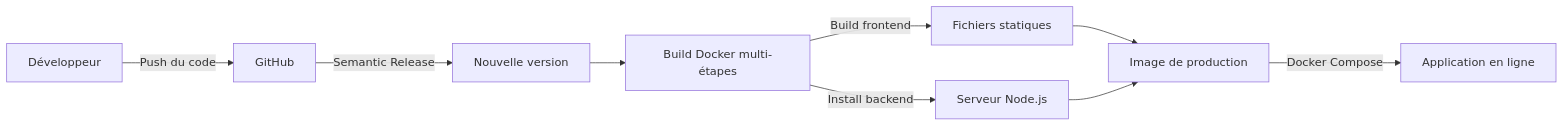
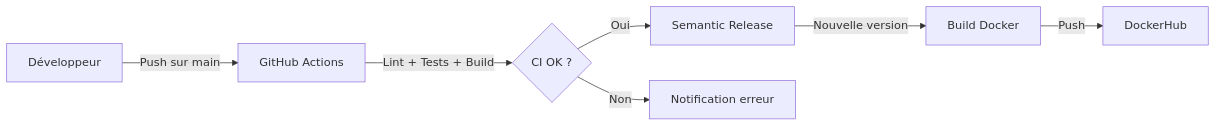
The second of 2 diagrams in README.md (Wifsimster/copro-pilot), drawn with Mermaid before and after one commit. The commit also changed other lines of this file, not shown here.

Commit message:
docs: update README with GDPR doc link, correct dev URL and CI pipeline diagram

````diff
--- a/README.md
+++ b/README.md
@@ -89,11 +90,9 @@
 ```mermaid
 graph LR
-    A[Développeur] -->|Push du code| B[GitHub]
-    B -->|Semantic Release| C[Nouvelle version]
-    C --> D[Build Docker multi-étapes]
-    D -->|Build frontend| E[Fichiers statiques]
-    D -->|Install backend| F[Serveur Node.js]
-    E --> G[Image de production]
-    F --> G
-    G -->|Docker Compose| H[Application en ligne]
+    A[Développeur] -->|Push sur main| B[GitHub Actions]
+    B -->|Lint + Tests + Build| C{CI OK ?}
+    C -->|Oui| D[Semantic Release]
+    C -->|Non| E[Notification erreur]
+    D -->|Nouvelle version| F[Build Docker]
+    F -->|Push| G[DockerHub]
 ```
````
